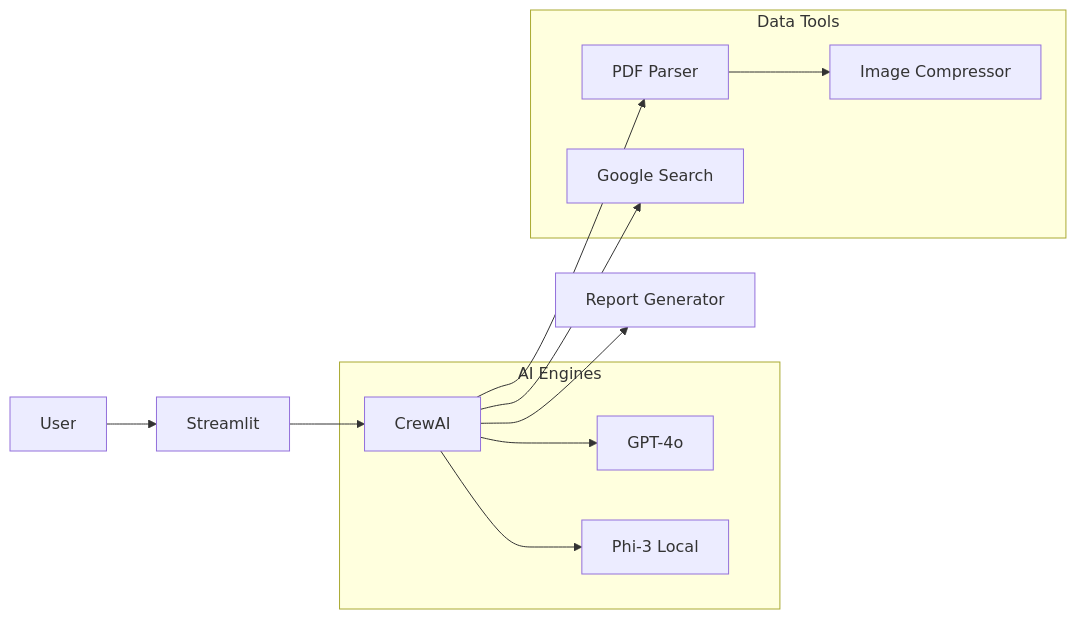
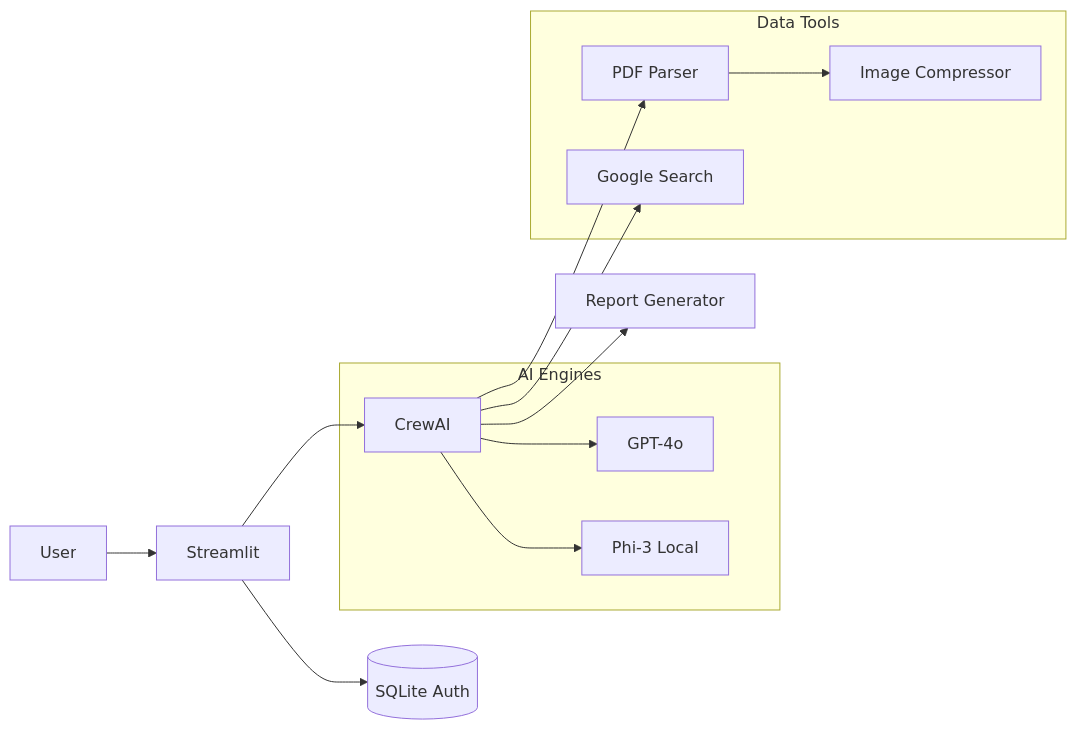
One commit to mohitrock850/Autonomous-Enterprise-Researcher changed the second of 2 diagrams in readme.md. Above: the diagram before and after it, drawn with Mermaid. The commit also changed other lines of this file, not shown here.

````diff
--- a/readme.md
+++ b/readme.md
@@ -166,18 +168,19 @@
 ```mermaid
 graph LR
     User --> Streamlit
+    Streamlit --> DB[(SQLite Auth)]
     Streamlit --> CrewAI
     
     subgraph "AI Engines"
         CrewAI --> OpenAI[GPT-4o]
         CrewAI --> Ollama[Phi-3 Local]
     end
     
     subgraph "Data Tools"
         CrewAI --> PyMuPDF[PDF Parser]
         PyMuPDF --> Pillow[Image Compressor]
         CrewAI --> Serper[Google Search]
     end
     
     CrewAI --> FPDF[Report Generator]
 ```
````
